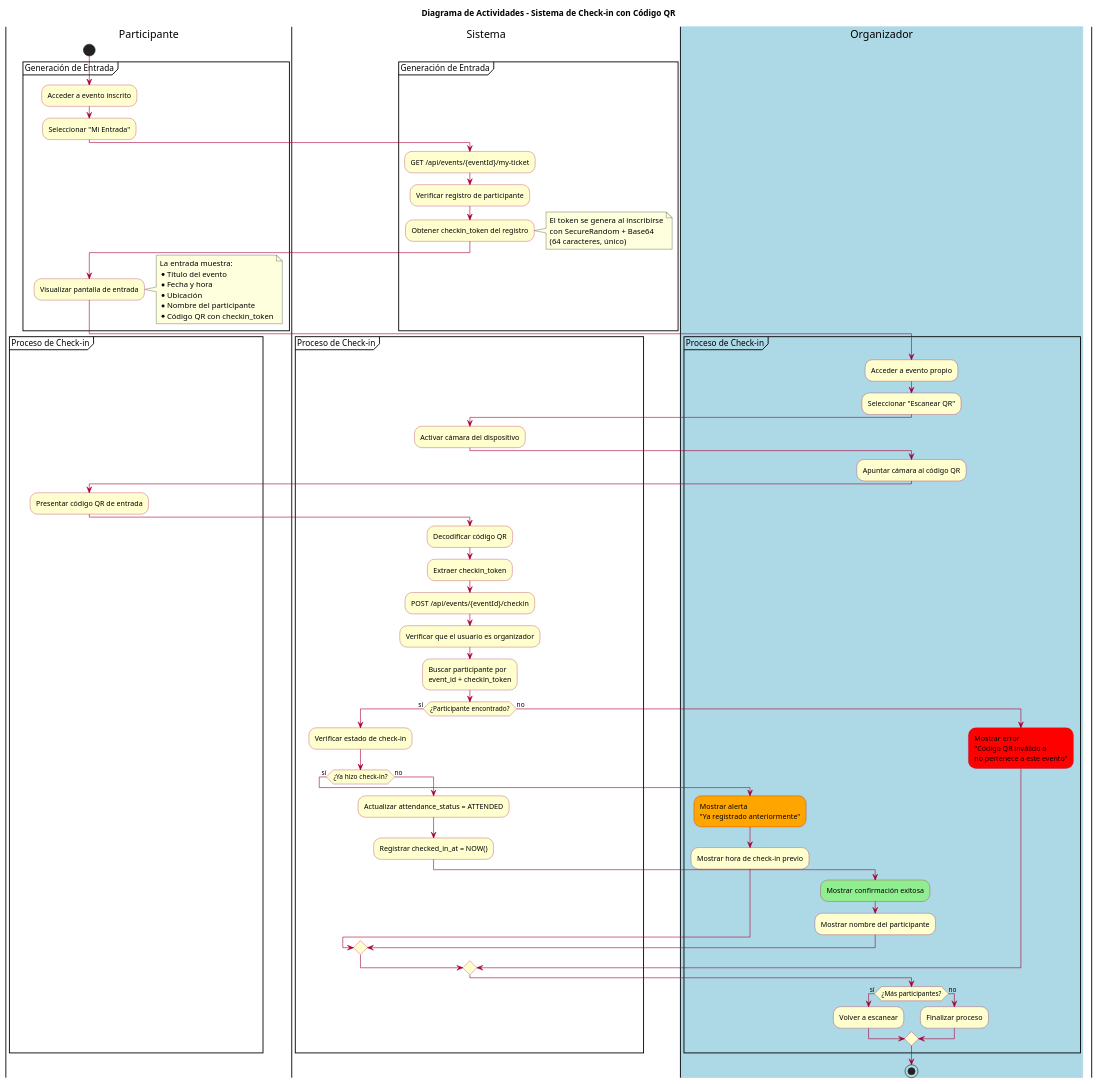
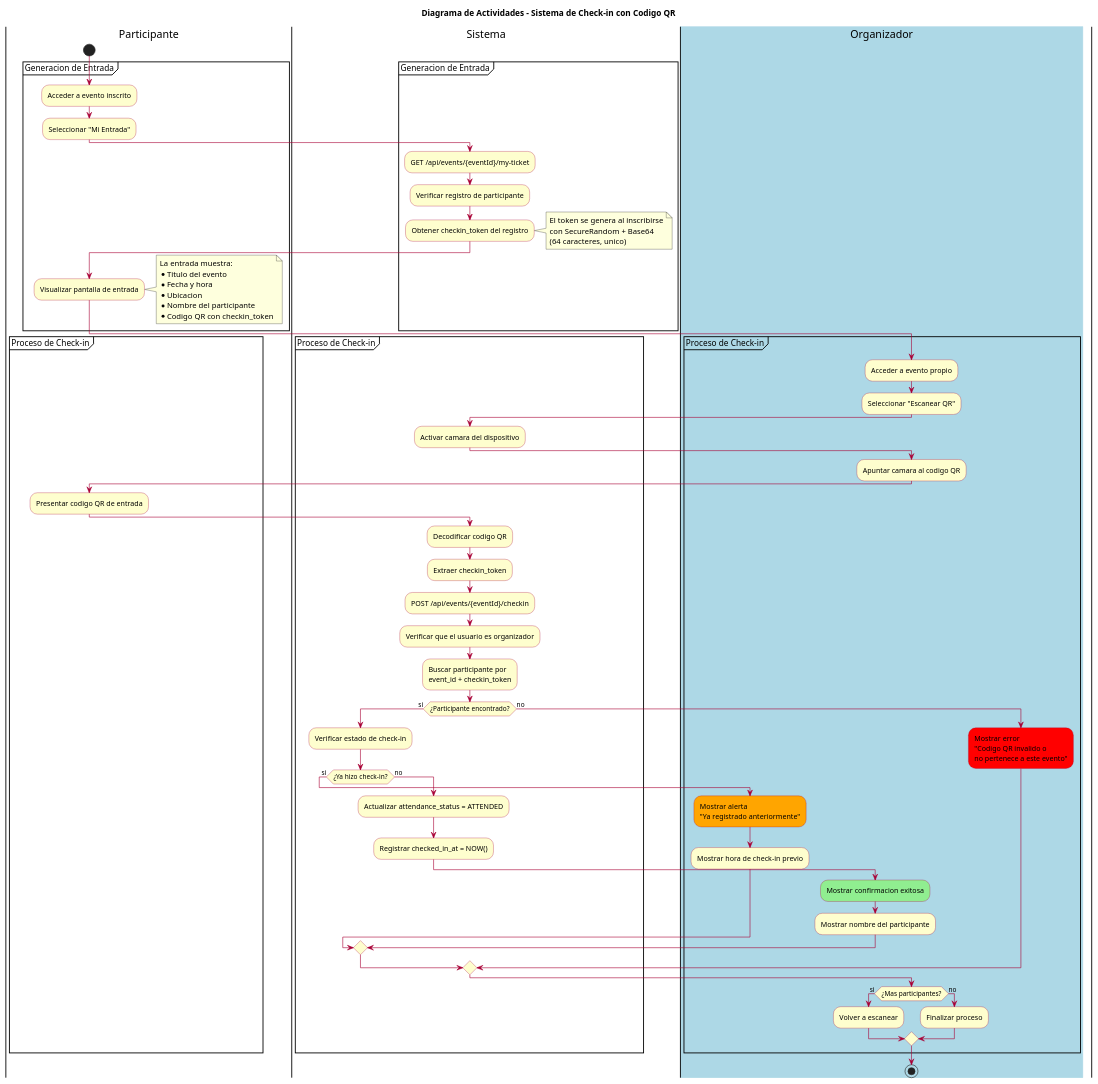
Before and after one commit to JeremyTierra/Azuevento: the diagram in plan/diagramas/06_flujo_checkin_qr.puml, drawn with PlantUML. The commit also changed 14 other files, not shown here.

Commit message:
Refactor diagrams to standardize Spanish terminology and improve consistency

```diff
--- a/plan/diagramas/06_flujo_checkin_qr.puml
+++ b/plan/diagramas/06_flujo_checkin_qr.puml
@@ -1,92 +1,92 @@
 @startuml Flujo_CheckIn_QR
 skinparam activityBackgroundColor #FEFECE
 skinparam activityBorderColor #A80036
 skinparam activityDiamondBackgroundColor #FEFECE
 skinparam activityDiamondBorderColor #A80036
 skinparam arrowColor #A80036
 skinparam swimlaneWidth 200
 
-title Diagrama de Actividades - Sistema de Check-in con Código QR
+title Diagrama de Actividades - Sistema de Check-in con Codigo QR
 
 |Participante|
 start
 
-partition "Generación de Entrada" {
+partition "Generacion de Entrada" {
     :Acceder a evento inscrito;
     :Seleccionar "Mi Entrada";
 
     |Sistema|
     :GET /api/events/{eventId}/my-ticket;
     :Verificar registro de participante;
     :Obtener checkin_token del registro;
     note right
       El token se genera al inscribirse
       con SecureRandom + Base64
-      (64 caracteres, único)
+      (64 caracteres, unico)
     end note
 
     |Participante|
     :Visualizar pantalla de entrada;
     note right
       La entrada muestra:
-      * Título del evento
+      * Titulo del evento
       * Fecha y hora
-      * Ubicación
+      * Ubicacion
       * Nombre del participante
-      * Código QR con checkin_token
+      * Codigo QR con checkin_token
     end note
 }
 
 |#LightBlue|Organizador|
 
 partition "Proceso de Check-in" {
     :Acceder a evento propio;
     :Seleccionar "Escanear QR";
 
     |Sistema|
-    :Activar cámara del dispositivo;
+    :Activar camara del dispositivo;
 
     |Organizador|
-    :Apuntar cámara al código QR;
+    :Apuntar camara al codigo QR;
 
     |Participante|
-    :Presentar código QR de entrada;
+    :Presentar codigo QR de entrada;
 
     |Sistema|
-    :Decodificar código QR;
+    :Decodificar codigo QR;
     :Extraer checkin_token;
     :POST /api/events/{eventId}/checkin;
     :Verificar que el usuario es organizador;
     :Buscar participante por\nevent_id + checkin_token;
 
-    if (¿Participante encontrado?) then (sí)
+    if (¿Participante encontrado?) then (si)
         :Verificar estado de check-in;
 
-        if (¿Ya hizo check-in?) then (sí)
+        if (¿Ya hizo check-in?) then (si)
             |Organizador|
             #Orange:Mostrar alerta\n"Ya registrado anteriormente";
             :Mostrar hora de check-in previo;
         else (no)
             |Sistema|
             :Actualizar attendance_status = ATTENDED;
             :Registrar checked_in_at = NOW();
 
             |Organizador|
-            #LightGreen:Mostrar confirmación exitosa;
+            #LightGreen:Mostrar confirmacion exitosa;
             :Mostrar nombre del participante;
         endif
     else (no)
         |Organizador|
-        #Red:Mostrar error\n"Código QR inválido o\nno pertenece a este evento";
+        #Red:Mostrar error\n"Codigo QR invalido o\nno pertenece a este evento";
     endif
 
-    if (¿Más participantes?) then (sí)
+    if (¿Mas participantes?) then (si)
         :Volver a escanear;
     else (no)
         :Finalizar proceso;
     endif
 }
 
 stop
 
 @enduml
```
